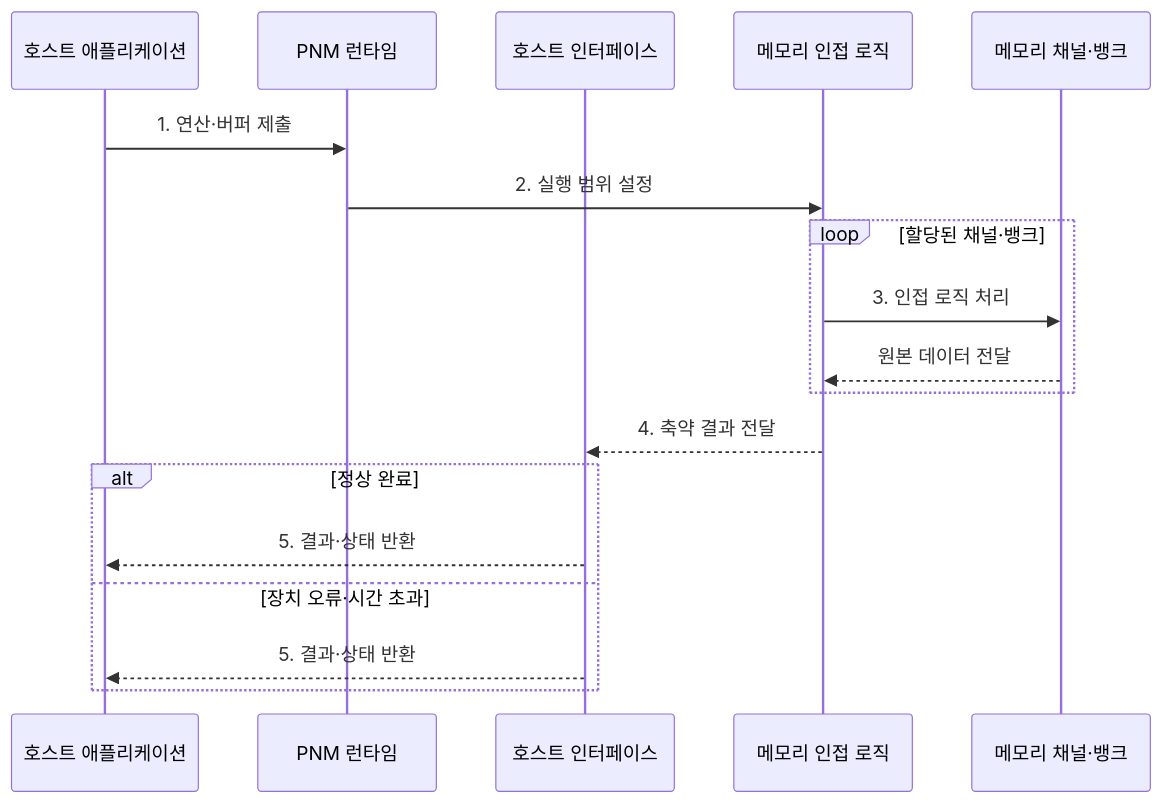
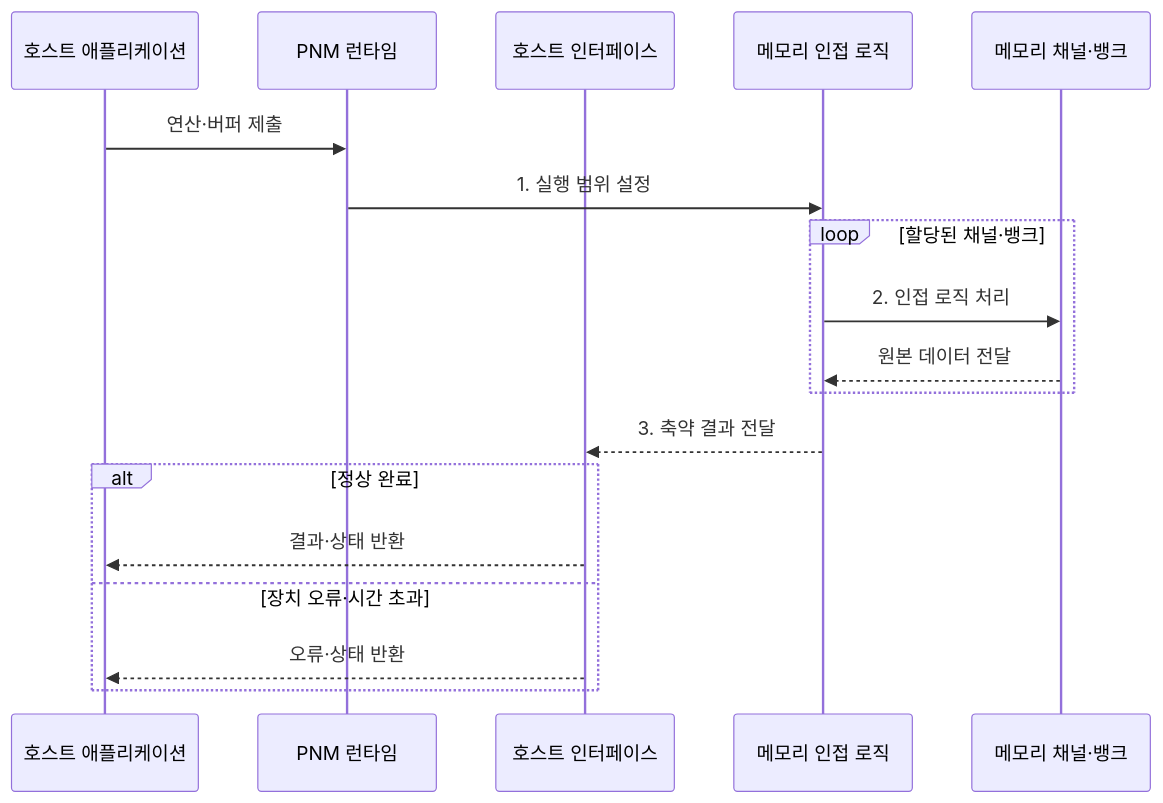
Before and after one commit to agnusdei1207/knowledge-base: the second of 2 diagrams in src/content/docs/notes/02-hardware/027_pnm.md, drawn with Mermaid. The commit also changed other lines of this file and 20 other files, not shown here.

````diff
--- a/src/content/docs/notes/02-hardware/027_pnm.md
+++ b/src/content/docs/notes/02-hardware/027_pnm.md
@@ -83,21 +84,21 @@
 ```mermaid
 sequenceDiagram
     participant H as 호스트 애플리케이션
     participant R as PNM 런타임
     participant I as 호스트 인터페이스
     participant N as 메모리 인접 로직
     participant M as 메모리 채널·뱅크
 
-    H->>R: 1. 연산·버퍼 제출
-    R->>N: 2. 실행 범위 설정
+    H->>R: 연산·버퍼 제출
+    R->>N: 1. 실행 범위 설정
     loop 할당된 채널·뱅크
-        N->>M: 3. 인접 로직 처리
+        N->>M: 2. 인접 로직 처리
         M-->>N: 원본 데이터 전달
     end
-    N-->>I: 4. 축약 결과 전달
+    N-->>I: 3. 축약 결과 전달
     alt 정상 완료
-        I-->>H: 5. 결과·상태 반환
+        I-->>H: 결과·상태 반환
     else 장치 오류·시간 초과
-        I-->>H: 5. 결과·상태 반환
+        I-->>H: 오류·상태 반환
     end
 ```
````
